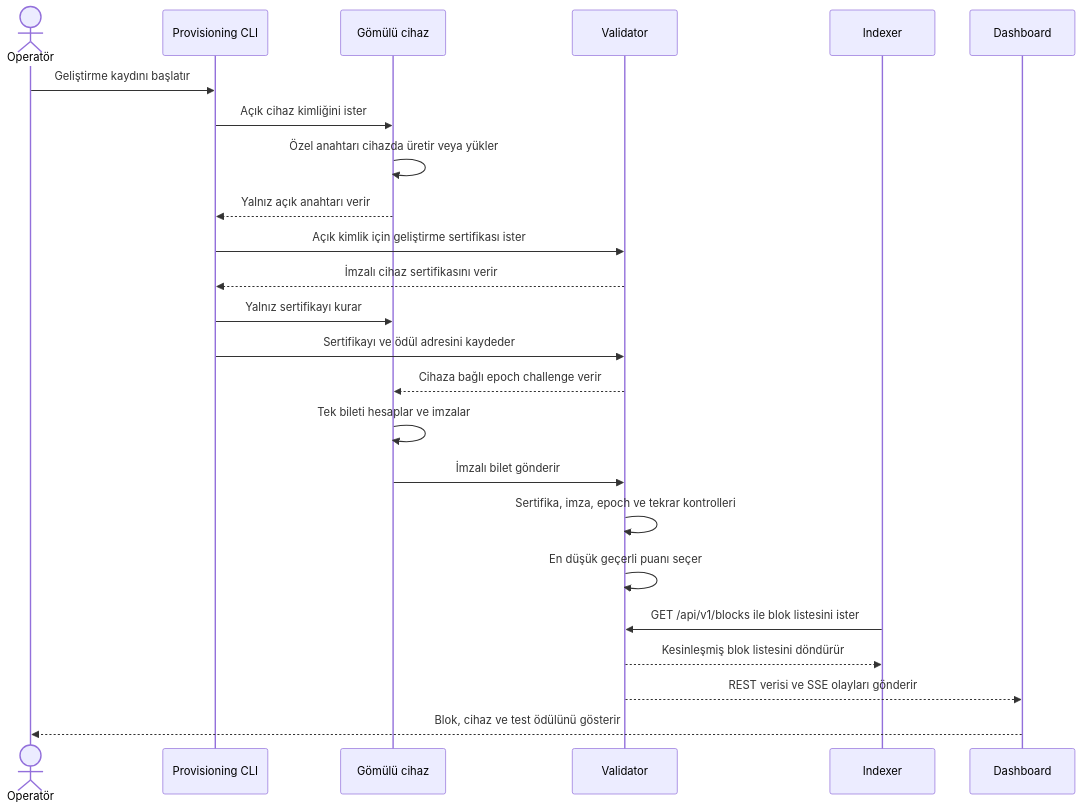
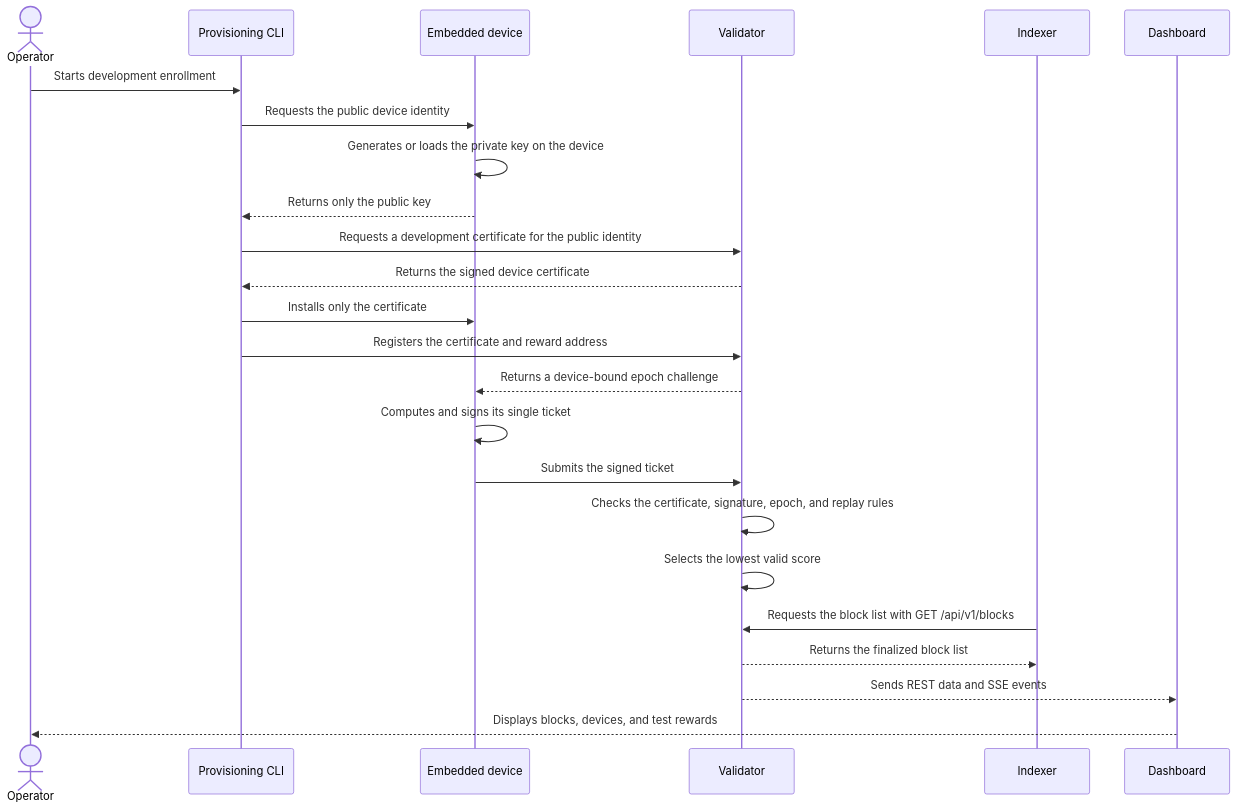
One commit to UfkuAcik/Embedded_Proof-of-Device_Network changed the fifth of 15 diagrams in README.md. Above: the diagram before and after it, drawn with Mermaid. The commit also changed other lines of this file, not shown here.

````diff
--- a/README.md
+++ b/README.md
@@ -254,27 +255,27 @@
 ```mermaid
 sequenceDiagram
-    actor Operator as Operatör
+    actor Operator as Operator
     participant Provisioner as Provisioning CLI
-    participant Device as Gömülü cihaz
+    participant Device as Embedded device
     participant Node as Validator
     participant Indexer as Indexer
     participant UI as Dashboard
 
-    Operator->>Provisioner: Geliştirme kaydını başlatır
-    Provisioner->>Device: Açık cihaz kimliğini ister
-    Device->>Device: Özel anahtarı cihazda üretir veya yükler
-    Device-->>Provisioner: Yalnız açık anahtarı verir
-    Provisioner->>Node: Açık kimlik için geliştirme sertifikası ister
-    Node-->>Provisioner: İmzalı cihaz sertifikasını verir
-    Provisioner->>Device: Yalnız sertifikayı kurar
-    Provisioner->>Node: Sertifikayı ve ödül adresini kaydeder
-    Node-->>Device: Cihaza bağlı epoch challenge verir
-    Device->>Device: Tek bileti hesaplar ve imzalar
-    Device->>Node: İmzalı bilet gönderir
-    Node->>Node: Sertifika, imza, epoch ve tekrar kontrolleri
-    Node->>Node: En düşük geçerli puanı seçer
-    Indexer->>Node: GET /api/v1/blocks ile blok listesini ister
-    Node-->>Indexer: Kesinleşmiş blok listesini döndürür
-    Node-->>UI: REST verisi ve SSE olayları gönderir
-    UI-->>Operator: Blok, cihaz ve test ödülünü gösterir
+    Operator->>Provisioner: Starts development enrollment
+    Provisioner->>Device: Requests the public device identity
+    Device->>Device: Generates or loads the private key on the device
+    Device-->>Provisioner: Returns only the public key
+    Provisioner->>Node: Requests a development certificate for the public identity
+    Node-->>Provisioner: Returns the signed device certificate
+    Provisioner->>Device: Installs only the certificate
+    Provisioner->>Node: Registers the certificate and reward address
+    Node-->>Device: Returns a device-bound epoch challenge
+    Device->>Device: Computes and signs its single ticket
+    Device->>Node: Submits the signed ticket
+    Node->>Node: Checks the certificate, signature, epoch, and replay rules
+    Node->>Node: Selects the lowest valid score
+    Indexer->>Node: Requests the block list with GET /api/v1/blocks
+    Node-->>Indexer: Returns the finalized block list
+    Node-->>UI: Sends REST data and SSE events
+    UI-->>Operator: Displays blocks, devices, and test rewards
 ```
````
